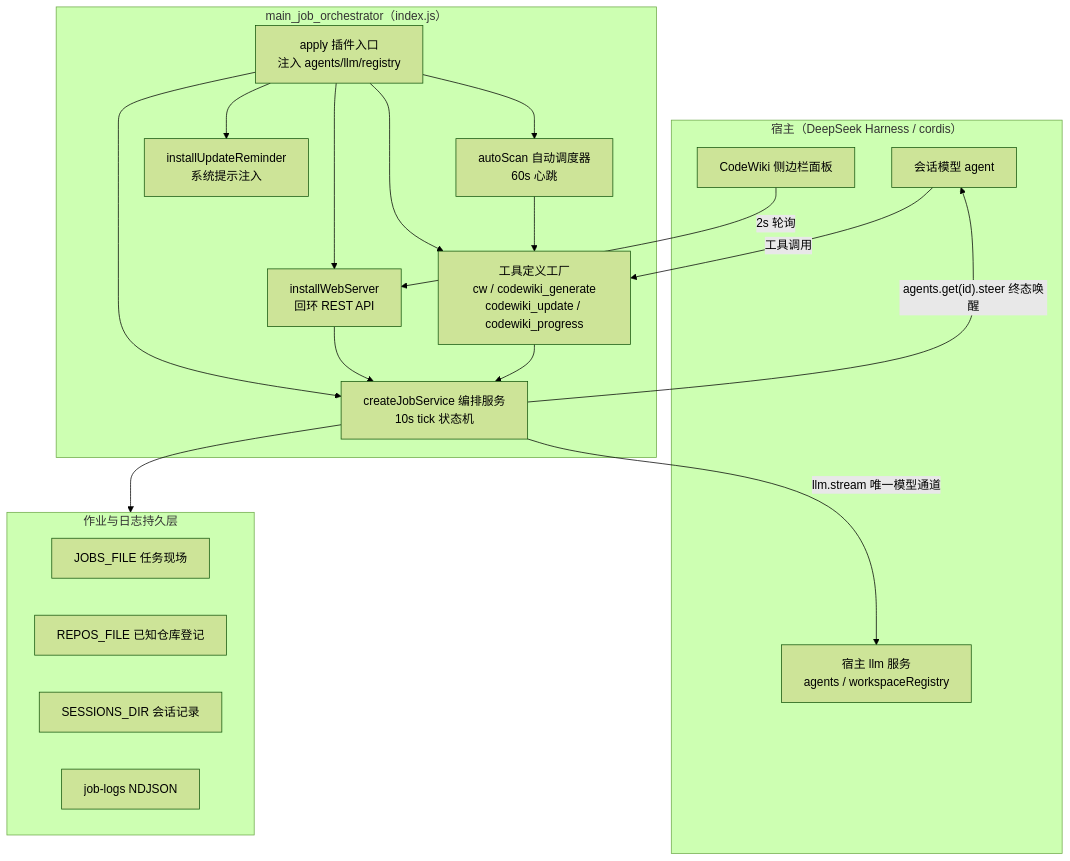
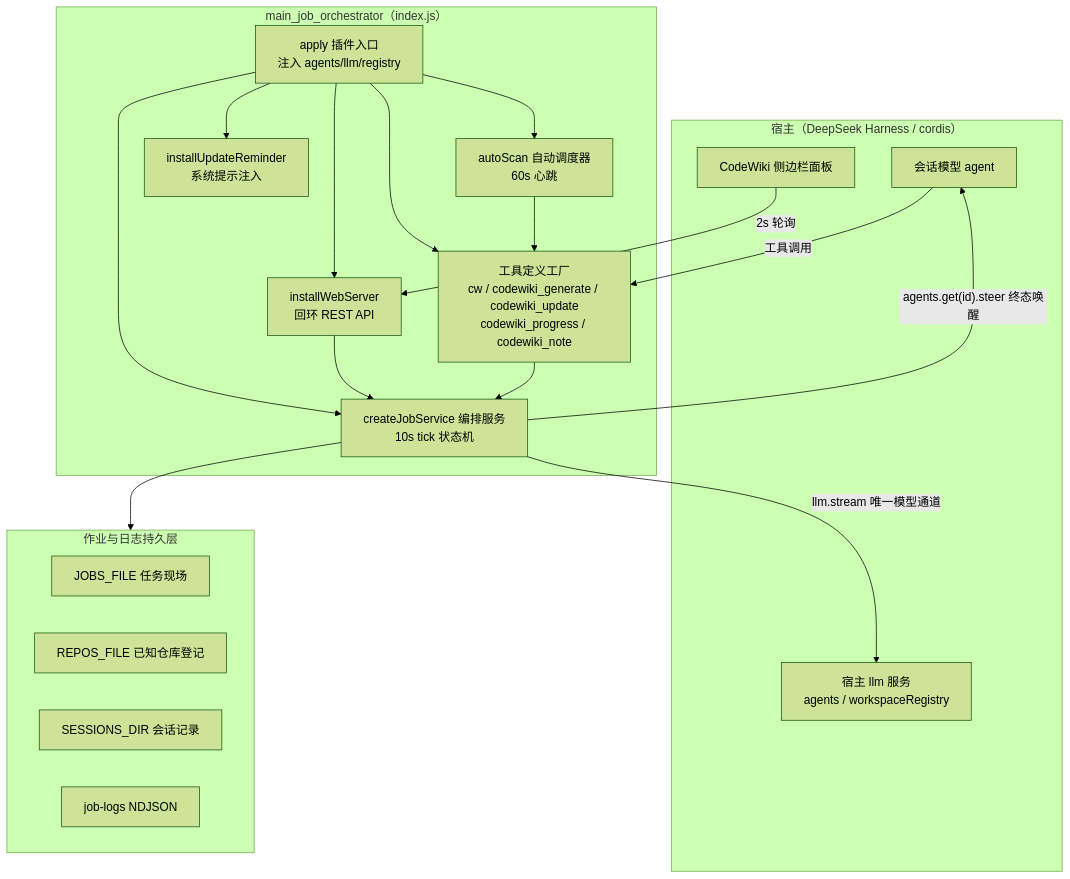
The first of 5 diagrams in .codewiki/_native-state/docs/main_job_orchestrator.md (ikliml666/dsh-codewiki), drawn with Mermaid (forest theme) before and after one commit. The commit also changed other lines of this file and 22 other files, not shown here.

````diff
--- a/.codewiki/_native-state/docs/main_job_orchestrator.md
+++ b/.codewiki/_native-state/docs/main_job_orchestrator.md
@@ -18,38 +18,38 @@
 ```mermaid
 flowchart TD
     subgraph HOST["宿主（DeepSeek Harness / cordis）"]
         AGENT["会话模型 agent"]
         PANEL["CodeWiki 侧边栏面板"]
         SYS["宿主 llm 服务<br/>agents / workspaceRegistry"]
     end
 
     subgraph MODULE["main_job_orchestrator（index.js）"]
         APPLY["apply 插件入口<br/>注入 agents/llm/registry"]
-        TOOLS["工具定义工厂<br/>cw / codewiki_generate<br/>codewiki_update / codewiki_progress"]
+        TOOLS["工具定义工厂<br/>cw / codewiki_generate / codewiki_update<br/>codewiki_progress / codewiki_note"]
         SVC["createJobService 编排服务<br/>10s tick 状态机"]
         WEB["installWebServer<br/>回环 REST API"]
         SCHED["autoScan 自动调度器<br/>60s 心跳"]
         REM["installUpdateReminder<br/>系统提示注入"]
     end
 
     subgraph STORE["作业与日志持久层"]
         JOBSFILE["JOBS_FILE 任务现场"]
         REPOSFILE["REPOS_FILE 已知仓库登记"]
         SESSIONS["SESSIONS_DIR 会话记录"]
         LOGS["job-logs NDJSON"]
     end
 
     AGENT -->|"工具调用"| TOOLS
     PANEL -->|"2s 轮询"| WEB
     TOOLS --> SVC
     WEB --> SVC
     SCHED --> TOOLS
     SVC --> STORE
     APPLY --> SVC
     APPLY --> TOOLS
     APPLY --> WEB
     APPLY --> SCHED
     APPLY --> REM
     SVC -->|"llm.stream 唯一模型通道"| SYS
     SVC -->|"agents.get(id).steer 终态唤醒"| AGENT
 ```
````
